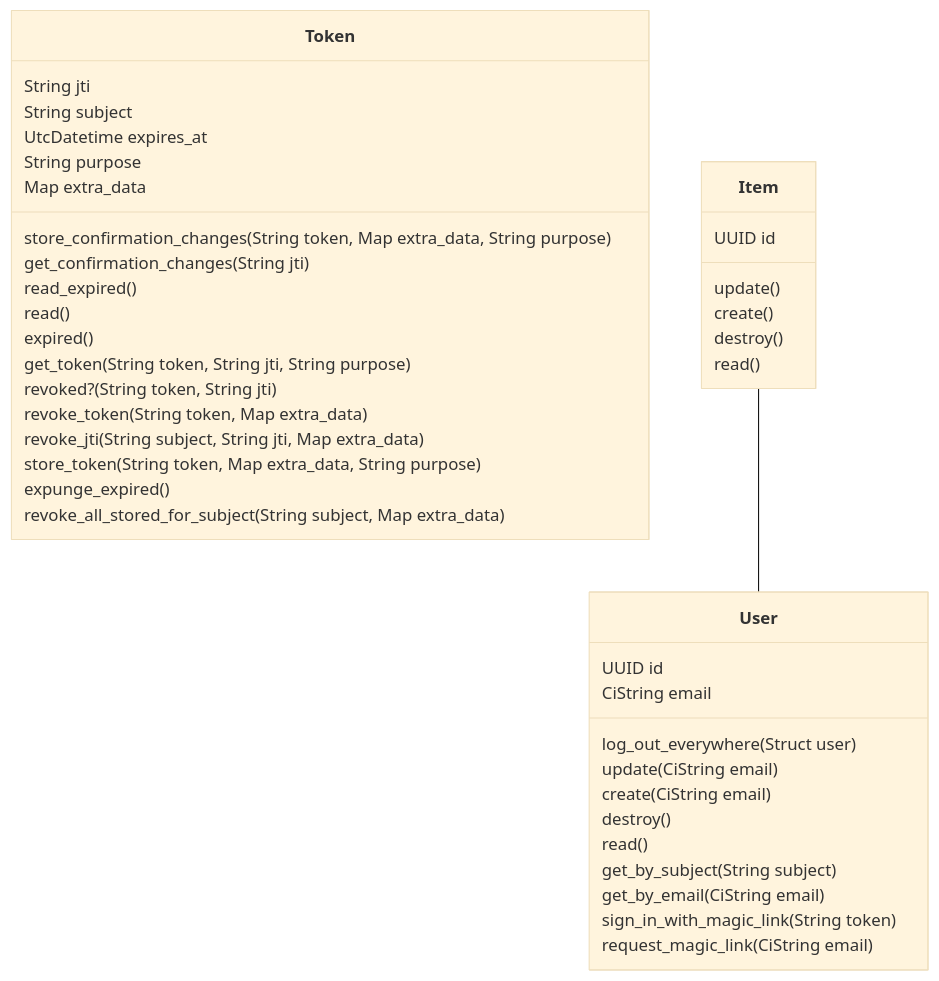
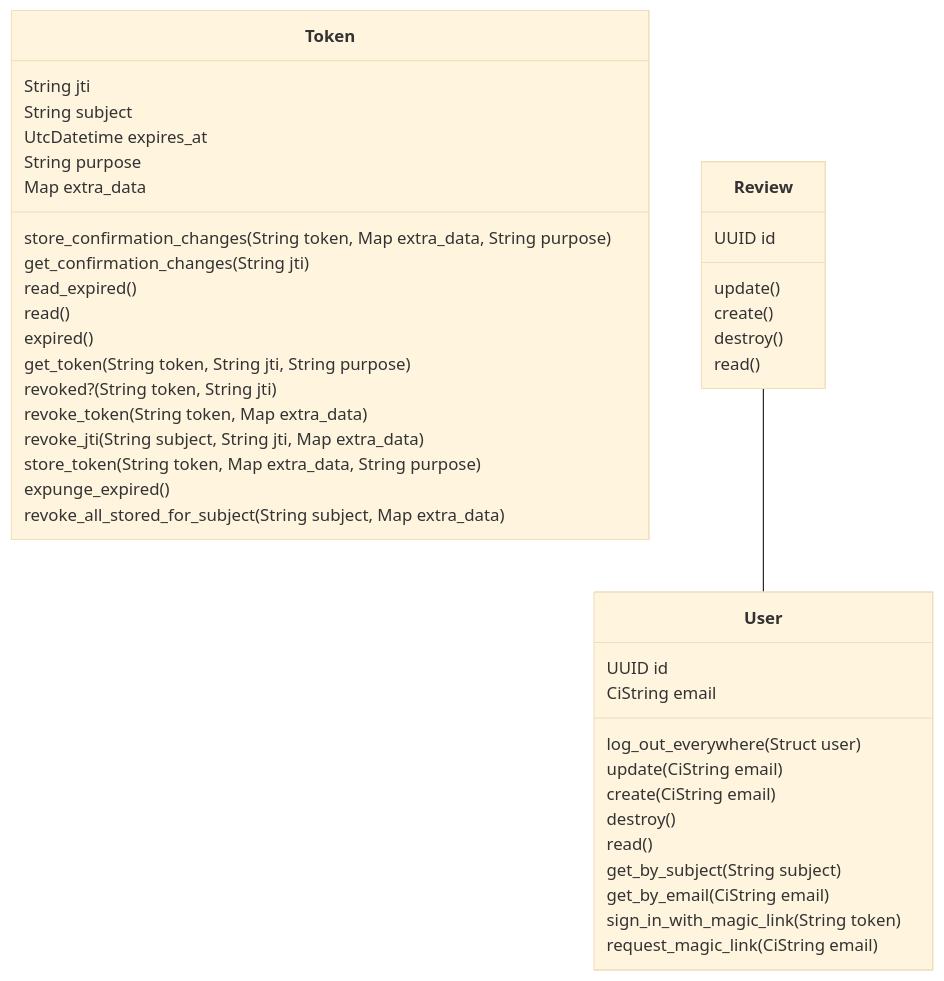
Before and after one commit to Work-In-Progress-For-Health/dhcw360: the diagram in lib/dryw/accounts-mermaid-class-diagram.mmd, drawn with Mermaid (base theme). The commit also changed 51 other files, not shown here.

```diff
--- a/lib/dryw/accounts-mermaid-class-diagram.mmd
+++ b/lib/dryw/accounts-mermaid-class-diagram.mmd
@@ -1,42 +1,42 @@
 classDiagram
     class Token {
         String jti
         String subject
         UtcDatetime expires_at
         String purpose
         Map extra_data
         store_confirmation_changes(String token, Map extra_data, String purpose)
         get_confirmation_changes(String jti)
         read_expired()
         read()
         expired()
         get_token(String token, String jti, String purpose)
         revoked?(String token, String jti)
         revoke_token(String token, Map extra_data)
         revoke_jti(String subject, String jti, Map extra_data)
         store_token(String token, Map extra_data, String purpose)
         expunge_expired()
         revoke_all_stored_for_subject(String subject, Map extra_data)
     }
     class User {
         UUID id
         CiString email
         log_out_everywhere(Struct user)
         update(CiString email)
         create(CiString email)
         destroy()
         read()
         get_by_subject(String subject)
         get_by_email(CiString email)
         sign_in_with_magic_link(String token)
         request_magic_link(CiString email)
     }
-    class Item {
+    class Review {
         UUID id
         update()
         create()
         destroy()
         read()
     }
 
-    Item -- User
+    Review -- User
```
